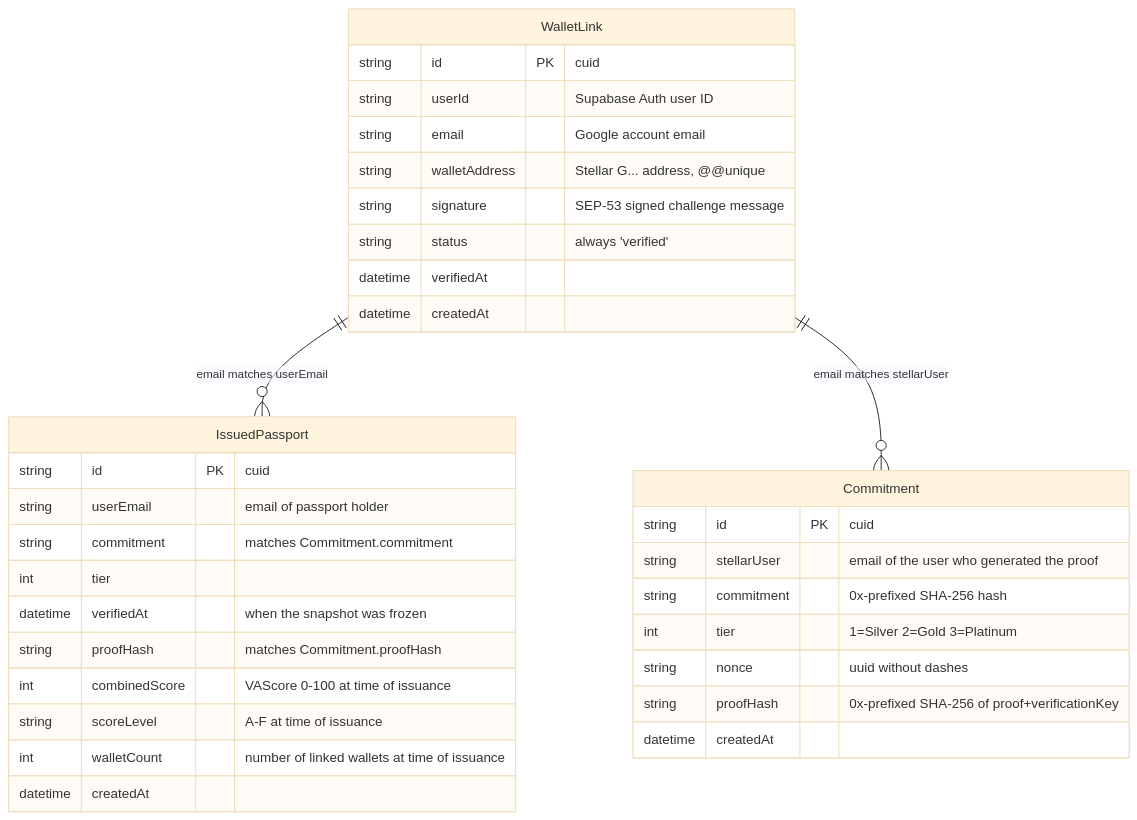
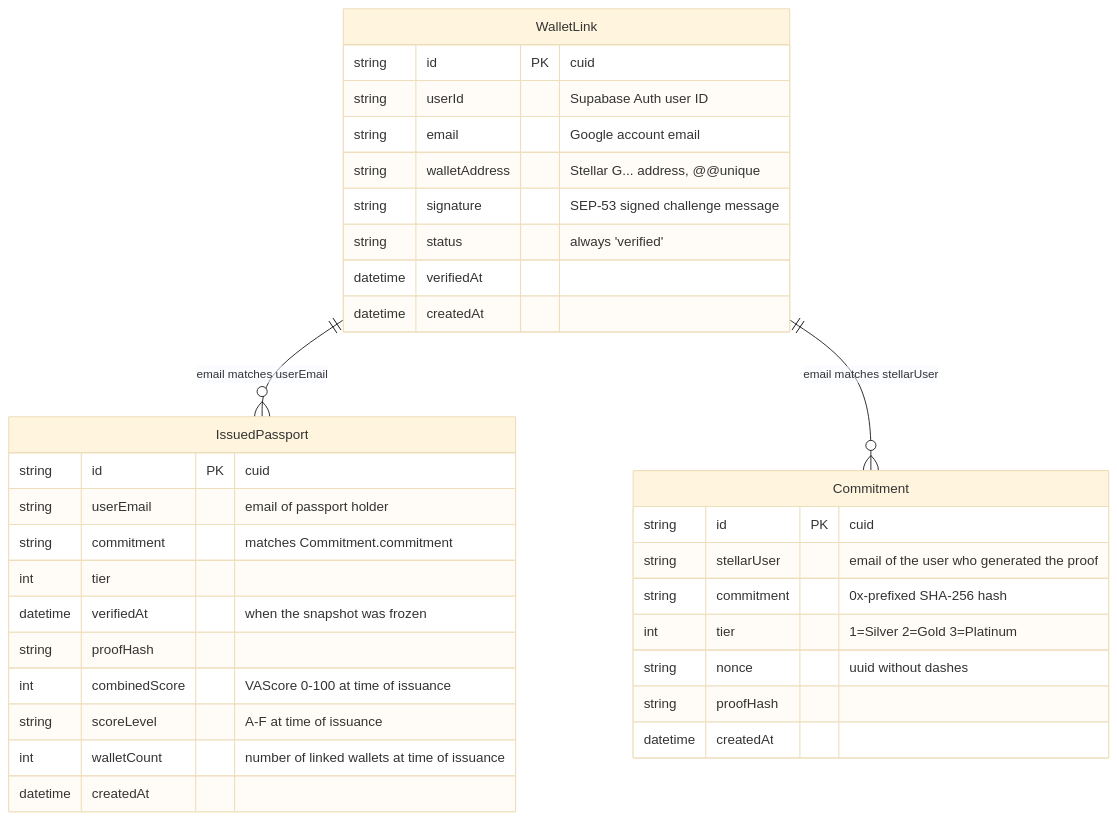
One commit to calebomondi/Credence changed the third of 7 diagrams in backend/README.md. Above: the diagram before and after it, drawn with Mermaid (base theme). The commit also changed other lines of this file, not shown here.

Commit message:
Update README.md to reflect Groth16 ZK proof generation and ProvingService enhancements

````diff
--- a/backend/README.md
+++ b/backend/README.md
@@ -91,36 +99,36 @@
 ```mermaid
 erDiagram
   Commitment {
     string id PK "cuid"
     string stellarUser "email of the user who generated the proof"
     string commitment "0x-prefixed SHA-256 hash"
     int tier "1=Silver 2=Gold 3=Platinum"
     string nonce "uuid without dashes"
-    string proofHash "0x-prefixed SHA-256 of proof+verificationKey"
+    string proofHash ""
     datetime createdAt
   }
   WalletLink {
     string id PK "cuid"
     string userId "Supabase Auth user ID"
     string email "Google account email"
     string walletAddress "Stellar G... address, @@unique"
     string signature "SEP-53 signed challenge message"
     string status "always 'verified'"
     datetime verifiedAt
     datetime createdAt
   }
   IssuedPassport {
     string id PK "cuid"
     string userEmail "email of passport holder"
     string commitment "matches Commitment.commitment"
     int tier
     datetime verifiedAt "when the snapshot was frozen"
-    string proofHash "matches Commitment.proofHash"
+    string proofHash ""
     int combinedScore "VAScore 0-100 at time of issuance"
     string scoreLevel "A-F at time of issuance"
     int walletCount "number of linked wallets at time of issuance"
     datetime createdAt
   }
   WalletLink ||--o{ IssuedPassport : "email matches userEmail"
   WalletLink ||--o{ Commitment : "email matches stellarUser"
 ```
````
